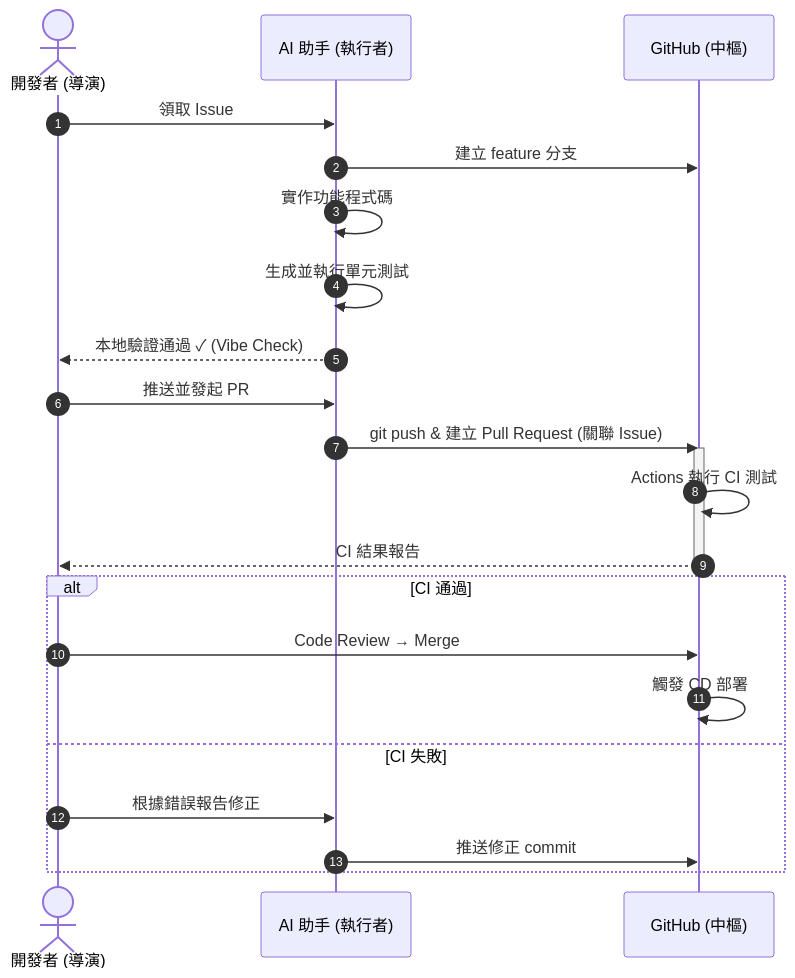
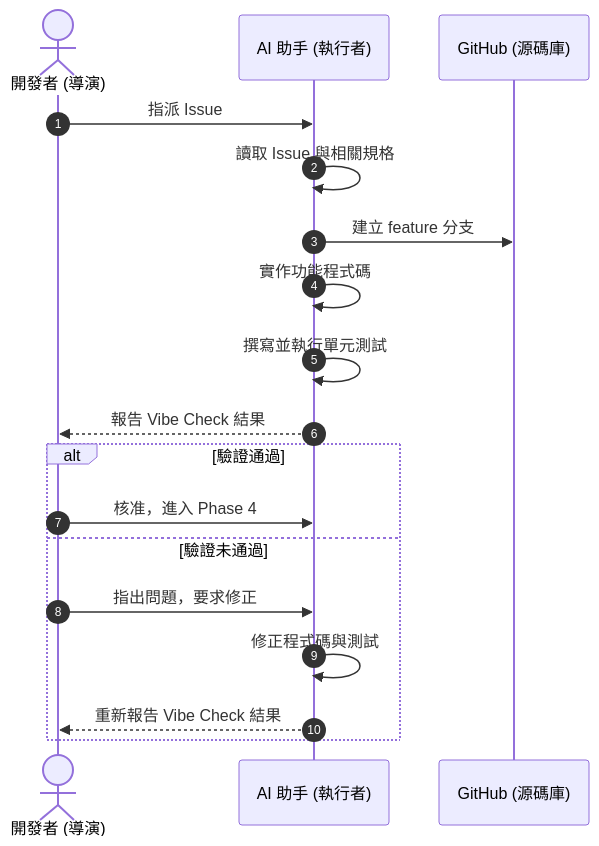
Before and after one commit to robin-li/Vibe-SDLC: the second of 2 diagrams in Vibe-SDLC.md, drawn with Mermaid. The commit also changed other lines of this file and 2 other files, not shown here.

First line of the commit message:
Restructure Vibe-SDLC as formal SOP v6.0 with role-based steps

````diff
--- a/Vibe-SDLC.md
+++ b/Vibe-SDLC.md
@@ -117,26 +282,22 @@
 ```mermaid
 sequenceDiagram
     autonumber
     actor Dev as 開發者 (導演)
     participant AI as AI 助手 (執行者)
-    participant GH as GitHub (中樞)
+    participant GH as GitHub (源碼庫)
 
-    Dev->>AI: 領取 Issue #N 並開發
+    Dev->>AI: 指派 Issue #N
+    AI->>AI: 讀取 Issue 與相關規格
     AI->>GH: 建立 feature 分支
     AI->>AI: 實作功能程式碼
-    AI->>AI: 生成並執行單元測試
-    AI-->>Dev: 本地驗證通過 ✓ (Vibe Check)
-    Dev->>AI: 推送並發起 PR
-    AI->>GH: git push & 建立 Pull Request (關聯 Issue)
-    activate GH
-    GH->>GH: Actions 執行 CI 測試
-    GH-->>Dev: CI 結果報告
-    deactivate GH
-    alt CI 通過
-        Dev->>GH: Code Review → Merge
-        GH->>GH: 觸發 CD 部署
-    else CI 失敗
-        Dev->>AI: 根據錯誤報告修正
-        AI->>GH: 推送修正 commit
+    AI->>AI: 撰寫並執行單元測試
+    AI-->>Dev: 報告 Vibe Check 結果
+
+    alt 驗證通過
+        Dev->>AI: 核准，進入 Phase 4
+    else 驗證未通過
+        Dev->>AI: 指出問題，要求修正
+        AI->>AI: 修正程式碼與測試
+        AI-->>Dev: 重新報告 Vibe Check 結果
     end
 ```
````
